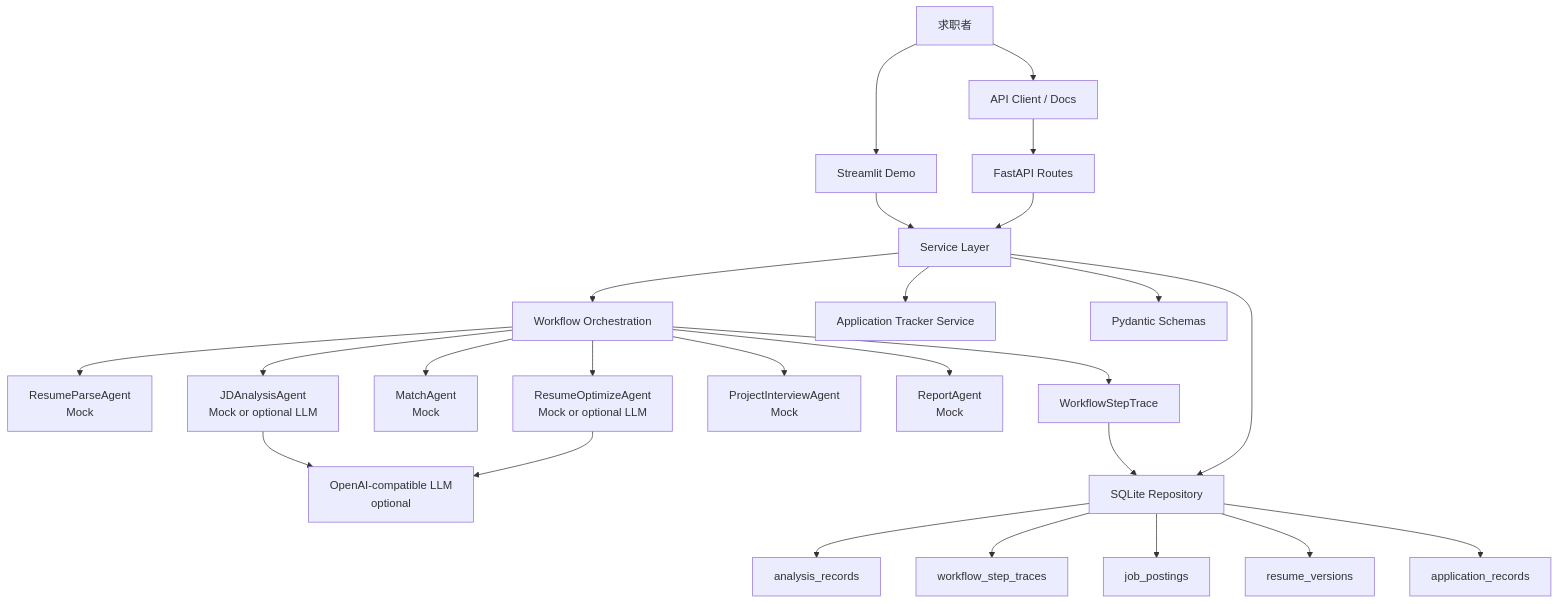
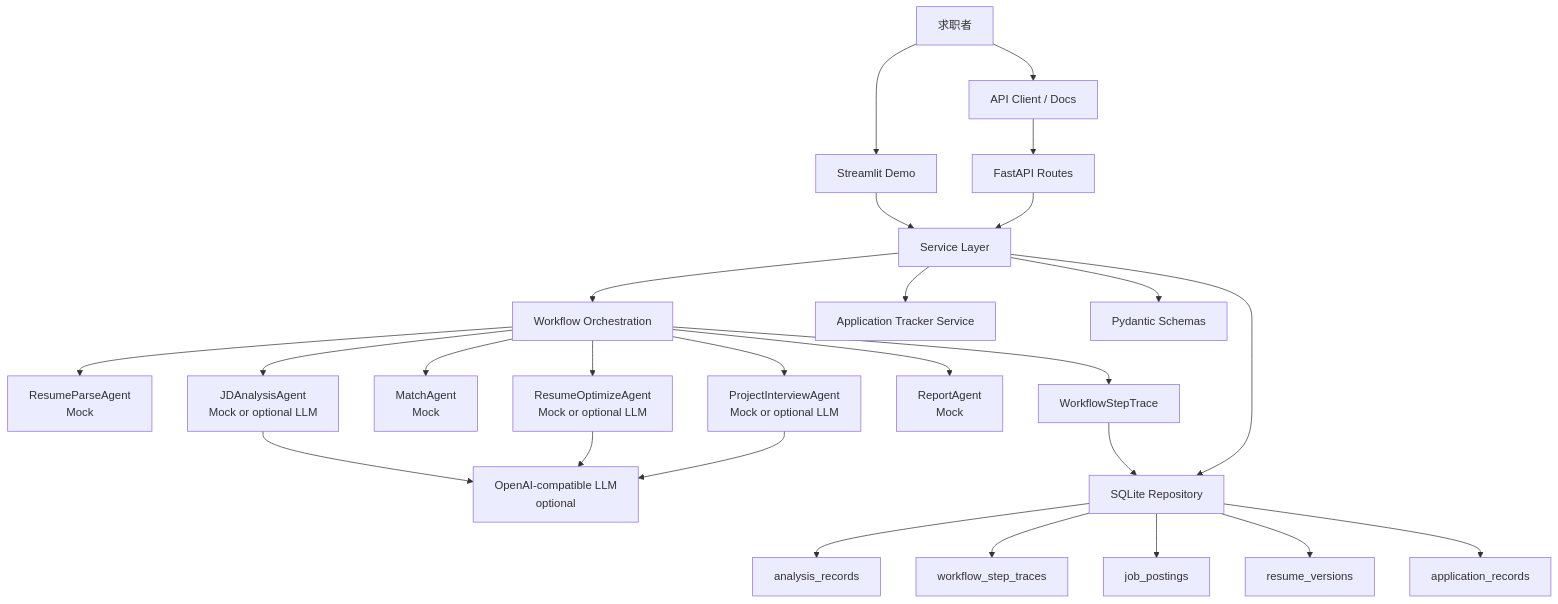
Before and after one commit to 123090165/jobagent: the diagram in README.md, drawn with Mermaid. The commit also changed other lines of this file and 2 other files, not shown here.

Commit message:
docs: document project challenge llm mode

````diff
--- a/README.md
+++ b/README.md
@@ -53,31 +54,32 @@
 ```mermaid
 flowchart TD
     User["求职者"] --> UI["Streamlit Demo"]
     User --> APIClient["API Client / Docs"]
 
     UI --> Services["Service Layer"]
     APIClient --> FastAPI["FastAPI Routes"]
     FastAPI --> Services
 
     Services --> Workflow["Workflow Orchestration"]
     Workflow --> Resume["ResumeParseAgent<br/>Mock"]
     Workflow --> JD["JDAnalysisAgent<br/>Mock or optional LLM"]
     Workflow --> Match["MatchAgent<br/>Mock"]
     Workflow --> Optimize["ResumeOptimizeAgent<br/>Mock or optional LLM"]
-    Workflow --> Challenge["ProjectInterviewAgent<br/>Mock"]
+    Workflow --> Challenge["ProjectInterviewAgent<br/>Mock or optional LLM"]
     Workflow --> Report["ReportAgent<br/>Mock"]
     Workflow --> Trace["WorkflowStepTrace"]
     Services --> AppTracker["Application Tracker Service"]
 
     JD --> LLM["OpenAI-compatible LLM<br/>optional"]
     Optimize --> LLM
+    Challenge --> LLM
     Services --> Schemas["Pydantic Schemas"]
     Services --> Storage["SQLite Repository"]
     Trace --> Storage
 
     Storage --> Records["analysis_records"]
     Storage --> StepTraces["workflow_step_traces"]
     Storage --> Jobs["job_postings"]
     Storage --> ResumeVersions["resume_versions"]
     Storage --> Applications["application_records"]
 ```
````
